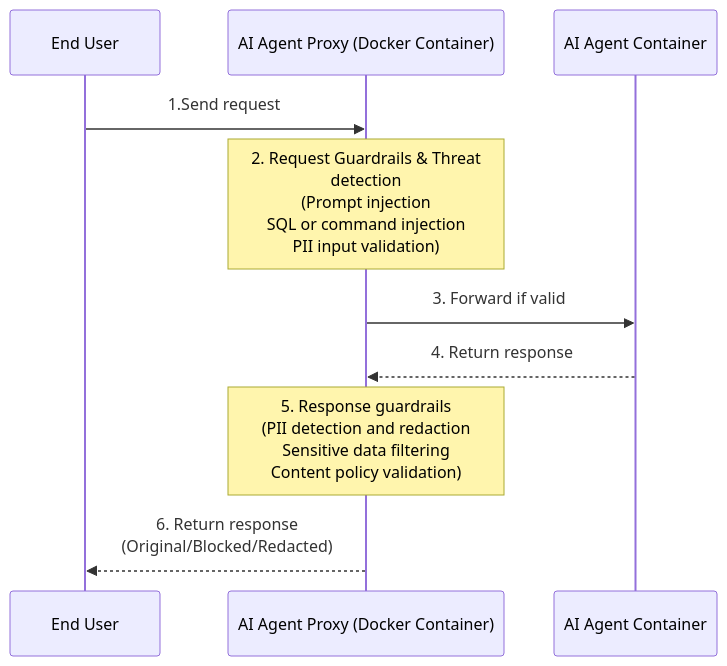
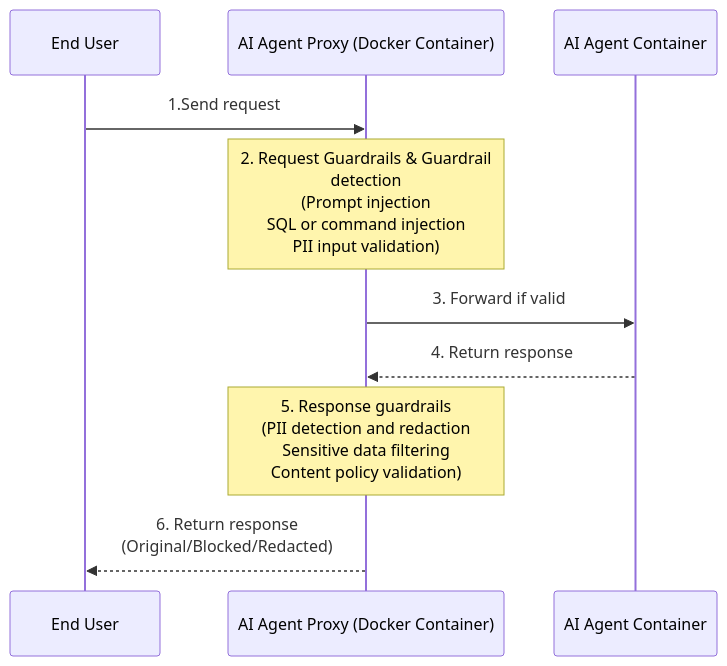
Before and after one commit to akto-api-security/Documentation: the diagram in agentic-guardrails/overview/akto-agent-proxy.md, drawn with Mermaid. The commit also changed other lines of this file and 48 other files, not shown here.

````diff
--- a/agentic-guardrails/overview/akto-agent-proxy.md
+++ b/agentic-guardrails/overview/akto-agent-proxy.md
@@ -20,17 +20,17 @@
 ```mermaid
 sequenceDiagram
     participant U as End User
     participant P as AI Agent Proxy (Docker Container)   
     participant A as AI Agent Container
 
     U ->> P: 1.Send request
 
-    Note over P: 2. Request Guardrails & Threat<br>detection<br>(Prompt injection<br>SQL or command injection<br>PII input validation)
+    Note over P: 2. Request Guardrails & Guardrail<br>detection<br>(Prompt injection<br>SQL or command injection<br>PII input validation)
 
     P ->> A: 3. Forward if valid
     A -->> P: 4. Return response
 
     Note over P: 5. Response guardrails<br>(PII detection and redaction<br>Sensitive data filtering<br>Content policy validation)
 
     P -->> U: 6. Return response<br> (Original/Blocked/Redacted)
 ```
````
